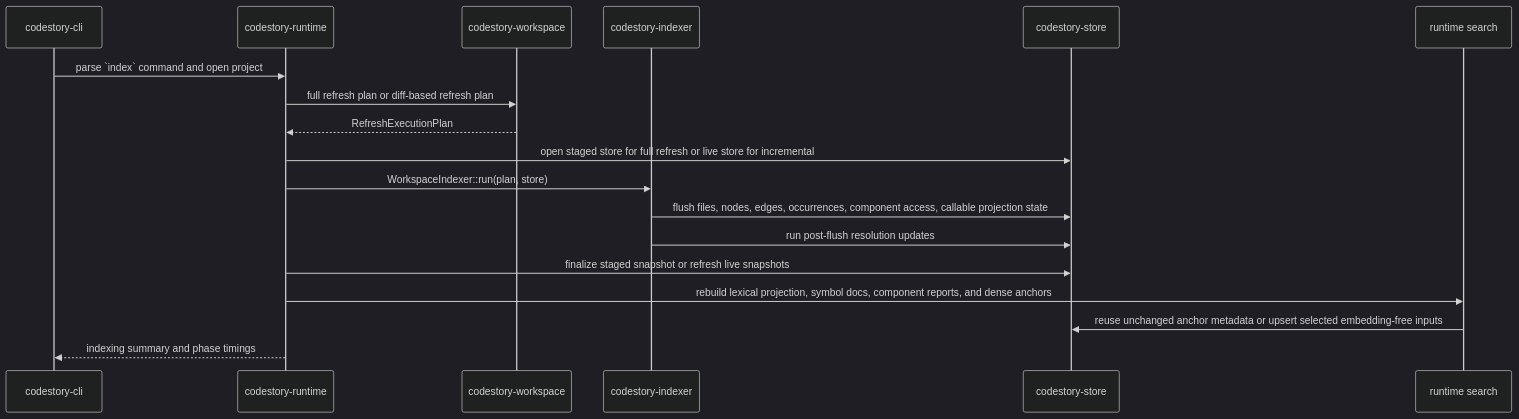
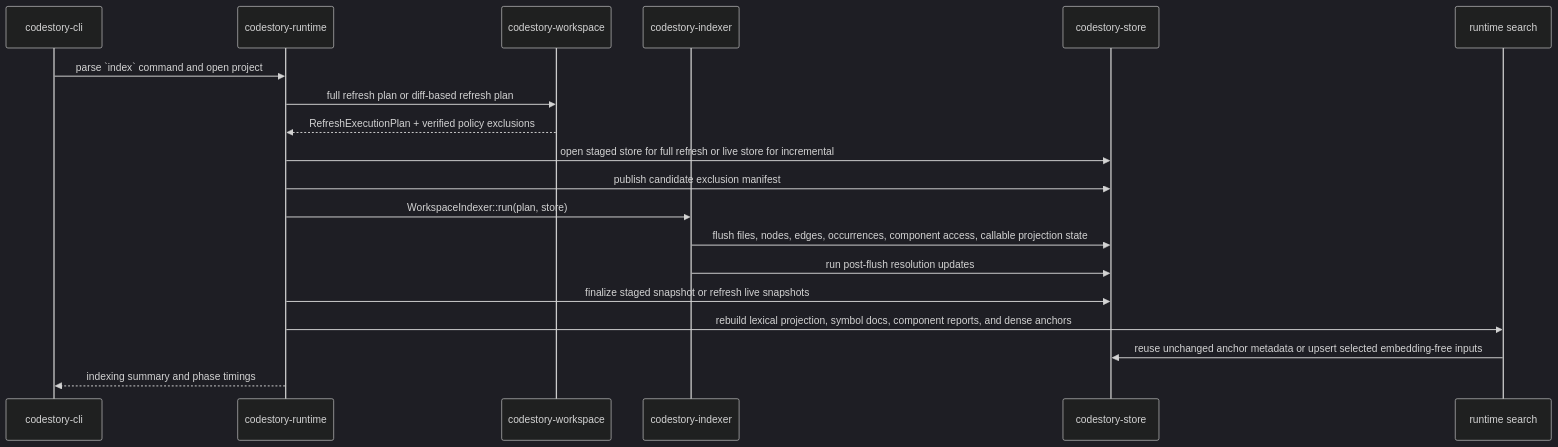
One commit to TheGreenCedar/CodeStory changed the first of 3 diagrams in docs/architecture/indexing-pipeline.md. Above: the diagram before and after it, drawn with Mermaid (dark theme). The commit also changed other lines of this file and 16 other files, not shown here.

Commit message:
publish verified source exclusions

````diff
--- a/docs/architecture/indexing-pipeline.md
+++ b/docs/architecture/indexing-pipeline.md
@@ -18,21 +18,22 @@
 ```mermaid
 sequenceDiagram
     participant CLI as codestory-cli
     participant Runtime as codestory-runtime
     participant Workspace as codestory-workspace
     participant Indexer as codestory-indexer
     participant Store as codestory-store
     participant Search as runtime search
 
     CLI->>Runtime: parse `index` command and open project
     Runtime->>Workspace: full refresh plan or diff-based refresh plan
-    Workspace-->>Runtime: RefreshExecutionPlan
+    Workspace-->>Runtime: RefreshExecutionPlan + verified policy exclusions
     Runtime->>Store: open staged store for full refresh or live store for incremental
+    Runtime->>Store: publish candidate exclusion manifest
     Runtime->>Indexer: WorkspaceIndexer::run(plan, store)
     Indexer->>Store: flush files, nodes, edges, occurrences, component access, callable projection state
     Indexer->>Store: run post-flush resolution updates
     Runtime->>Store: finalize staged snapshot or refresh live snapshots
     Runtime->>Search: rebuild lexical projection, symbol docs, component reports, and dense anchors
     Search->>Store: reuse unchanged anchor metadata or upsert selected embedding-free inputs
     Runtime-->>CLI: indexing summary and phase timings
 ```
````
